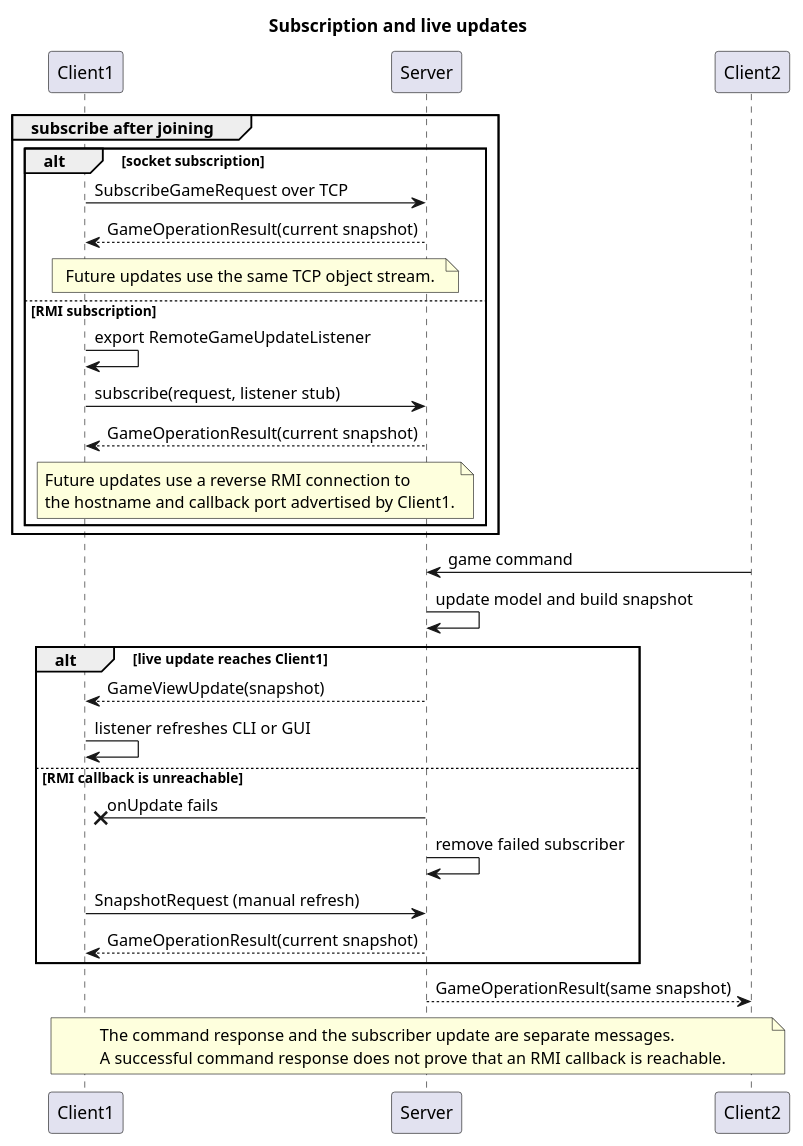
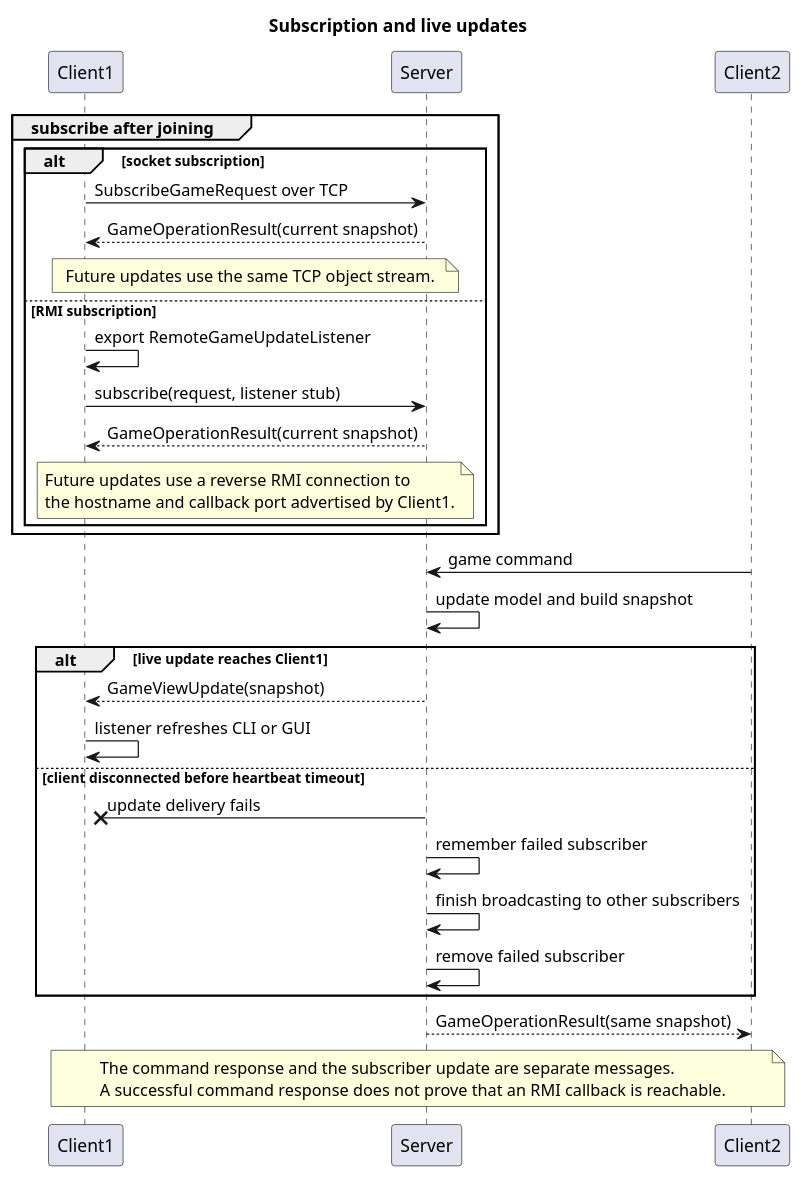
Before and after one commit to matteoroda05/Mesos: the diagram in UML_Diagram/SequenceDiagrams/04-subscription-and-live-updates.puml, drawn with PlantUML. The commit also changed 3 other files, not shown here.

Commit message:
Sequence diagrams updated

```diff
--- a/UML_Diagram/SequenceDiagrams/04-subscription-and-live-updates.puml
+++ b/UML_Diagram/SequenceDiagrams/04-subscription-and-live-updates.puml
@@ -1,47 +1,47 @@
 @startuml
 
 title Subscription and live updates
 
 participant Client1
 participant Server
 participant Client2
 
 group subscribe after joining
 alt socket subscription
 Client1->Server: SubscribeGameRequest over TCP
 Server-->Client1: GameOperationResult(current snapshot)
 note over Client1, Server
 Future updates use the same TCP object stream.
 end note
 else RMI subscription
 Client1->Client1: export RemoteGameUpdateListener
 Client1->Server: subscribe(request, listener stub)
 Server-->Client1: GameOperationResult(current snapshot)
 note over Client1, Server
 Future updates use a reverse RMI connection to
 the hostname and callback port advertised by Client1.
 end note
 end
 end
 
 Client2->Server: game command
 Server->Server: update model and build snapshot
 
 alt live update reaches Client1
 Server-->Client1: GameViewUpdate(snapshot)
 Client1->Client1: listener refreshes CLI or GUI
-else RMI callback is unreachable
-Server -x Client1: onUpdate fails
+else client disconnected before heartbeat timeout
+Server -x Client1: update delivery fails
+Server->Server: remember failed subscriber
+Server->Server: finish broadcasting to other subscribers
 Server->Server: remove failed subscriber
-Client1->Server: SnapshotRequest (manual refresh)
-Server-->Client1: GameOperationResult(current snapshot)
 end
 
 Server-->Client2: GameOperationResult(same snapshot)
 
 note over Client1, Client2
 The command response and the subscriber update are separate messages.
 A successful command response does not prove that an RMI callback is reachable.
 end note
 
 @enduml
```
